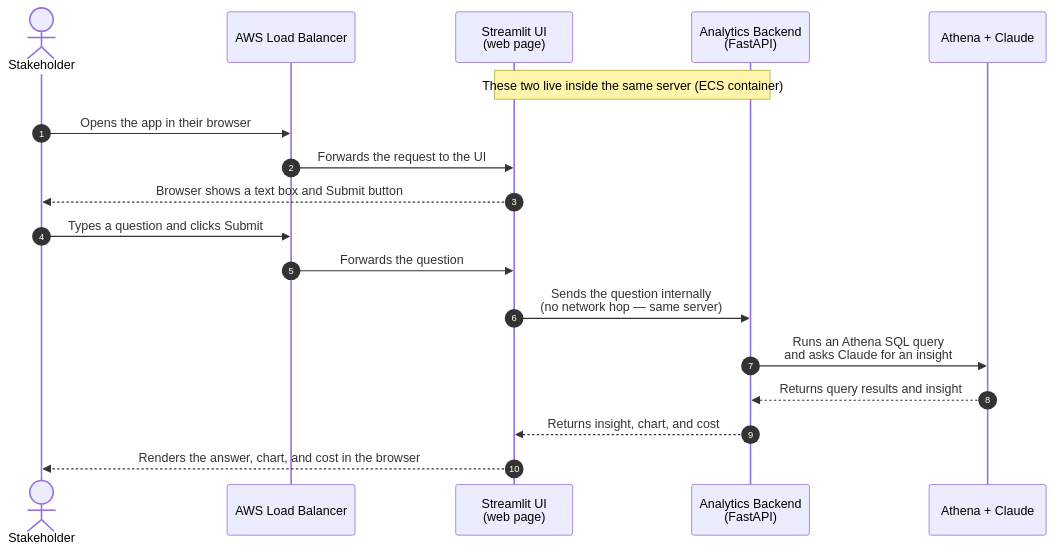
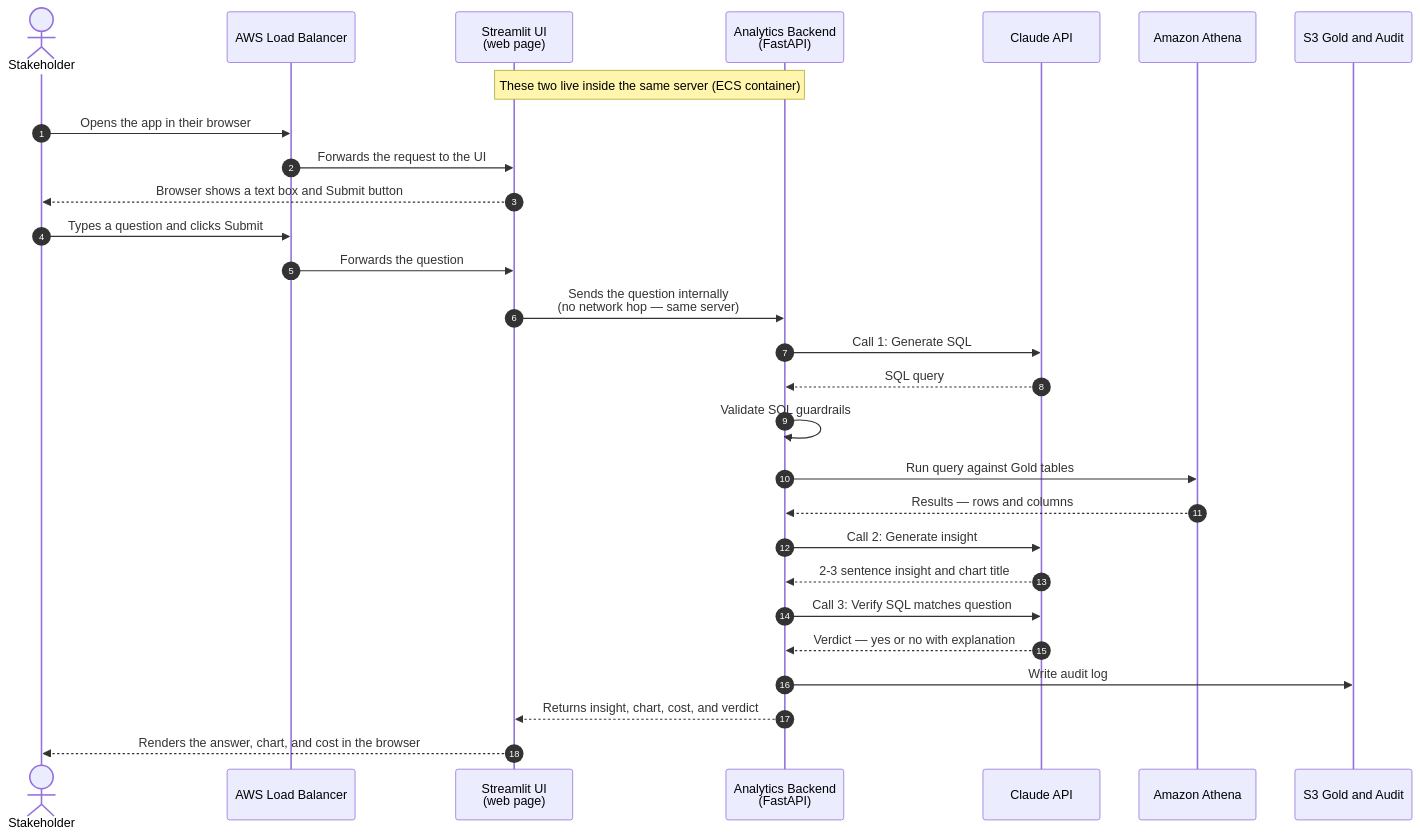
Before and after one commit to enterprise-data-platform-emeka/platform-analytics-agent: the second of 3 diagrams in README.md, drawn with Mermaid.

Commit message:
Docs: merge sequence diagrams — add 3 Claude calls and full flow to preferred stakeholder diagram

````diff
--- a/README.md
+++ b/README.md
@@ -149,23 +149,33 @@
 ```mermaid
 sequenceDiagram
     autonumber
     actor S as Stakeholder
     participant ALB as AWS Load Balancer
     participant UI as Streamlit UI<br/>(web page)
     participant API as Analytics Backend<br/>(FastAPI)
-    participant AI as Athena + Claude
+    participant CL as Claude API
+    participant ATH as Amazon Athena
+    participant S3 as S3 Gold and Audit
 
     note over UI,API: These two live inside the same server (ECS container)
 
     S->>ALB: Opens the app in their browser
     ALB->>UI: Forwards the request to the UI
     UI-->>S: Browser shows a text box and Submit button
 
     S->>ALB: Types a question and clicks Submit
     ALB->>UI: Forwards the question
     UI->>API: Sends the question internally<br/>(no network hop — same server)
-    API->>AI: Runs an Athena SQL query<br/>and asks Claude for an insight
-    AI-->>API: Returns query results and insight
-    API-->>UI: Returns insight, chart, and cost
+    API->>CL: Call 1: Generate SQL
+    CL-->>API: SQL query
+    API->>API: Validate SQL guardrails
+    API->>ATH: Run query against Gold tables
+    ATH-->>API: Results — rows and columns
+    API->>CL: Call 2: Generate insight
+    CL-->>API: 2-3 sentence insight and chart title
+    API->>CL: Call 3: Verify SQL matches question
+    CL-->>API: Verdict — yes or no with explanation
+    API->>S3: Write audit log
+    API-->>UI: Returns insight, chart, cost, and verdict
     UI-->>S: Renders the answer, chart, and cost in the browser
 ```
````
